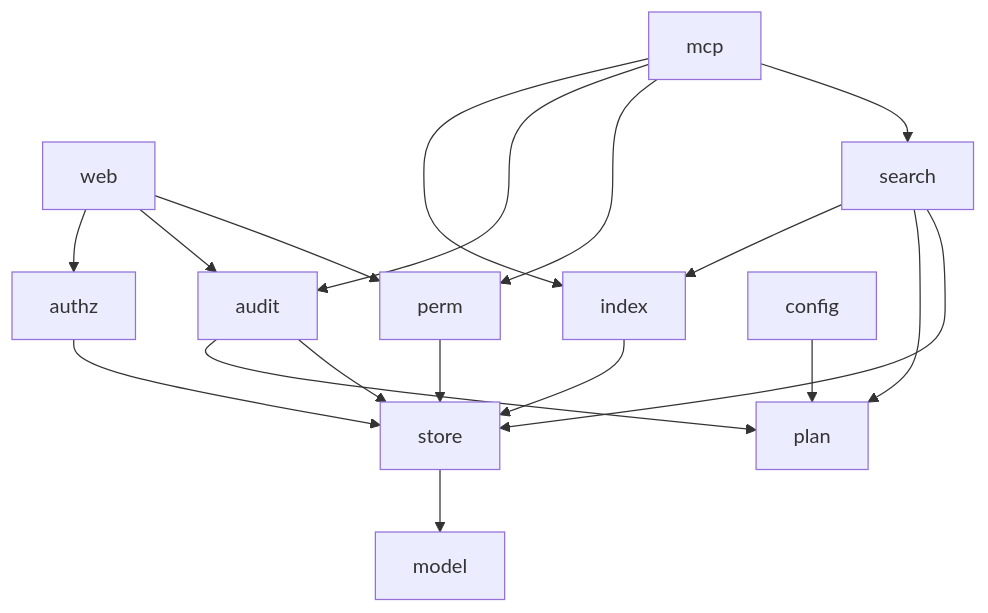
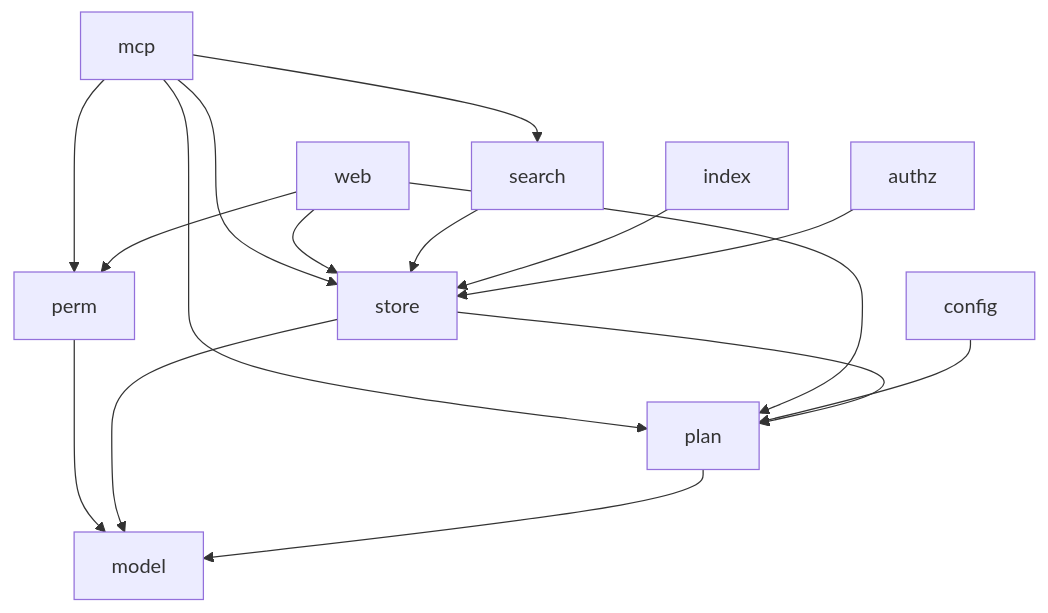
Before and after one commit to Alpha-gone/agent-context-sharing: the third of 9 diagrams in spec/service/agent-context/SDD.md, drawn with Mermaid. The commit also changed other lines of this file and 4 other files, not shown here.

````diff
--- a/spec/service/agent-context/SDD.md
+++ b/spec/service/agent-context/SDD.md
@@ -242,32 +249,29 @@
 ```mermaid
 flowchart TB
     Mcp[mcp]
     Web[web]
     Search[search]
     Perm[perm]
-    Audit[audit]
     Authz[authz]
     Index[index]
     Store[store]
     Plan[plan]
     Model[model]
     Config[config]
 
     Mcp --> Search
     Mcp --> Perm
-    Mcp --> Audit
-    Mcp --> Index
+    Mcp --> Plan
+    Mcp --> Store
     Web --> Perm
-    Web --> Audit
-    Web --> Authz
+    Web --> Plan
+    Web --> Store
     Search --> Store
-    Search --> Plan
-    Search --> Index
-    Perm --> Store
-    Audit --> Store
-    Audit --> Plan
+    Perm --> Model
     Index --> Store
     Authz --> Store
     Config --> Plan
+    Store --> Plan
     Store --> Model
+    Plan --> Model
 ```
````
